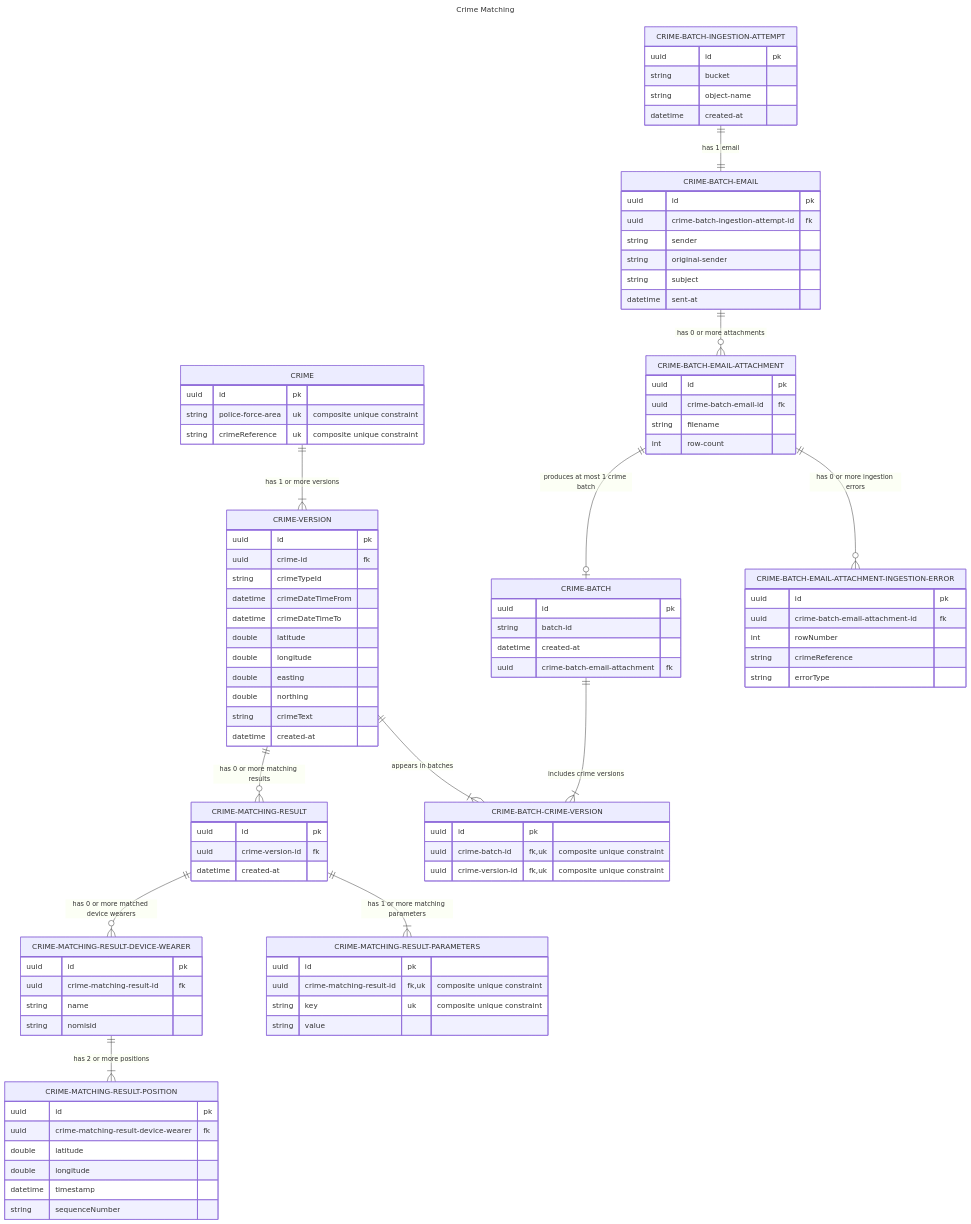
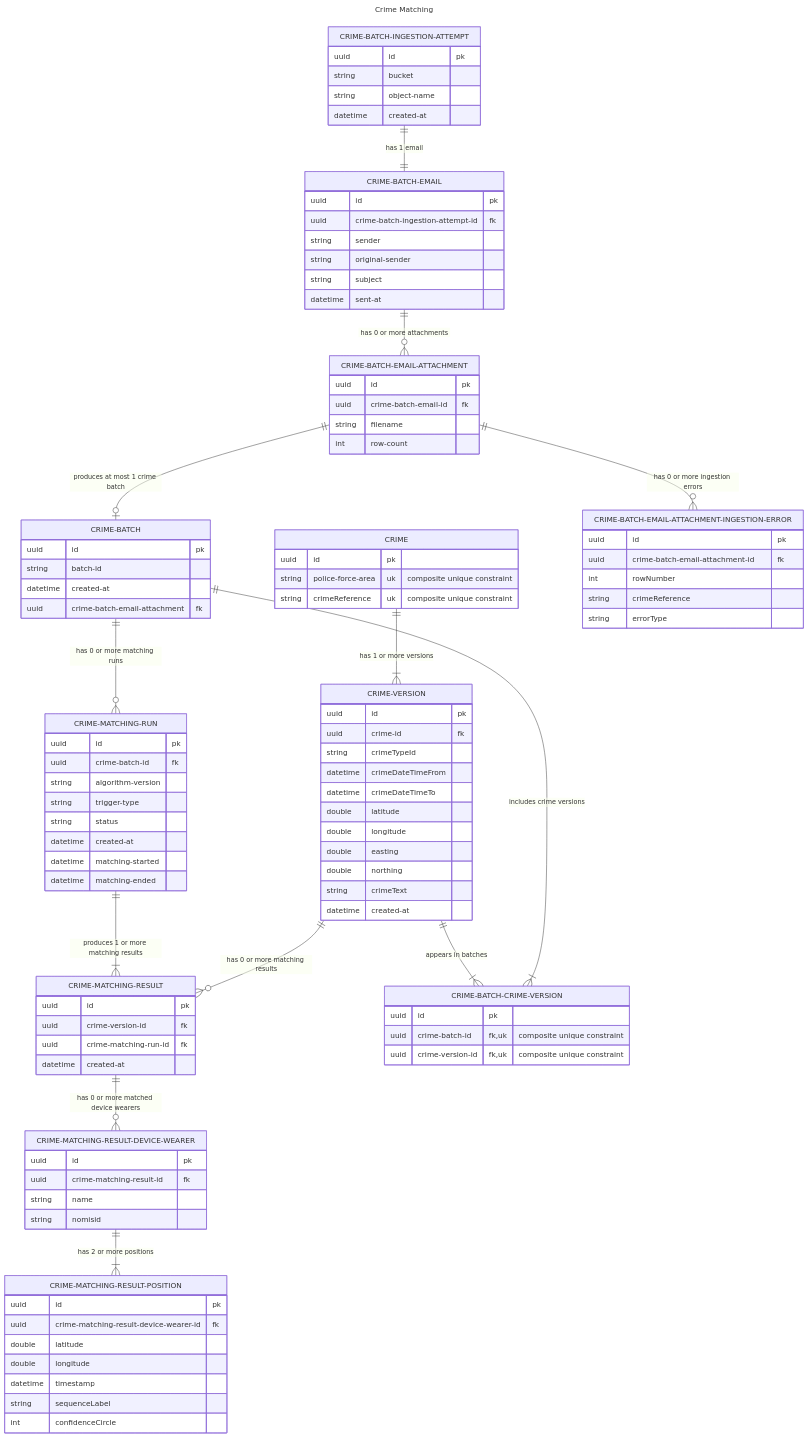
The diagram in docs/model.mmd (ministryofjustice/hmpps-electronic-monitoring-crime-matching-api), drawn with Mermaid before and after one commit.

Commit message:
Added CRIME-MATCHING-RUN to data model diagram (#62)
* Added CRIME-MATCHING-RUN to data model diagram

* Reinstated CRIME-MATCHING-RESULT-PARAMETERS removed by mistake

* Remove parameters and add confidence circle to position data

```diff
--- a/docs/model.mmd
+++ b/docs/model.mmd
@@ -1,113 +1,120 @@
 ---
 title: Crime Matching
 ---
-erDiagram 
+erDiagram
     %% Domain
     CRIME 1 to 1+ CRIME-VERSION : "has 1 or more versions"
     CRIME-VERSION 1 to 0+ CRIME-MATCHING-RESULT : "has 0 or more matching results"
     CRIME-BATCH 1 to 1+ CRIME-BATCH-CRIME-VERSION : "includes crime versions"
     CRIME-VERSION 1 to 1+ CRIME-BATCH-CRIME-VERSION : "appears in batches"
 
     %% Ingestion
     CRIME-BATCH-EMAIL-ATTACHMENT 1 to zero or one CRIME-BATCH : "produces at most 1 crime batch"
     CRIME-BATCH-INGESTION-ATTEMPT 1 to 1 CRIME-BATCH-EMAIL : "has 1 email"
     CRIME-BATCH-EMAIL 1 to 0+ CRIME-BATCH-EMAIL-ATTACHMENT : "has 0 or more attachments"
     CRIME-BATCH-EMAIL-ATTACHMENT 1 to zero or more CRIME-BATCH-EMAIL-ATTACHMENT-INGESTION-ERROR : "has 0 or more ingestion errors"
 
     %% Matching
+    CRIME-BATCH 1 to 0+ CRIME-MATCHING-RUN : "has 0 or more matching runs"
+    CRIME-MATCHING-RUN 1 to 1+ CRIME-MATCHING-RESULT : "produces 1 or more matching results"
     CRIME-MATCHING-RESULT 1 to 0+ CRIME-MATCHING-RESULT-DEVICE-WEARER : "has 0 or more matched device wearers"
-    CRIME-MATCHING-RESULT 1 to 1+ CRIME-MATCHING-RESULT-PARAMETERS : "has 1 or more matching parameters"
     CRIME-MATCHING-RESULT-DEVICE-WEARER 1 to 1+ CRIME-MATCHING-RESULT-POSITION : "has 2 or more positions"
 
     CRIME-BATCH {
         uuid id pk
         string batch-id
         datetime created-at
         uuid crime-batch-email-attachment fk
     }
 
     CRIME-BATCH-CRIME-VERSION {
         uuid id pk
         uuid crime-batch-id fk, uk "composite unique constraint"
         uuid crime-version-id fk, uk "composite unique constraint"
     }
 
     CRIME-BATCH-INGESTION-ATTEMPT {
         uuid id pk
         string bucket
         string object-name
         datetime created-at
     }
 
     CRIME-BATCH-EMAIL {
         uuid id pk
         uuid crime-batch-ingestion-attempt-id fk
         string sender
         string original-sender
         string subject
         datetime sent-at
     }
 
     CRIME-BATCH-EMAIL-ATTACHMENT {
         uuid id pk
         uuid crime-batch-email-id fk
         string filename
         int row-count
     }
 
     CRIME-BATCH-EMAIL-ATTACHMENT-INGESTION-ERROR {
         uuid id pk
         uuid crime-batch-email-attachment-id fk
         int rowNumber
         string crimeReference
         string errorType
     }
 
     CRIME {
         uuid id pk
         string police-force-area uk "composite unique constraint"
         string crimeReference uk "composite unique constraint"
     }
 
     CRIME-VERSION {
         uuid id pk
         uuid crime-id fk
         string crimeTypeId
         datetime crimeDateTimeFrom
         datetime crimeDateTimeTo
         double latitude
         double longitude
         double easting
         double northing
         string crimeText
         datetime created-at
     }
 
+    CRIME-MATCHING-RUN {
+        uuid id pk
+        uuid crime-batch-id fk
+        string algorithm-version
+        string trigger-type
+        string status
+        datetime created-at
+        datetime matching-started
+        datetime matching-ended
+    }
+
     CRIME-MATCHING-RESULT {
         uuid id pk
         uuid crime-version-id fk
+        uuid crime-matching-run-id fk
         datetime created-at
-    }
-
-    CRIME-MATCHING-RESULT-PARAMETERS {
-        uuid id pk
-        uuid crime-matching-result-id fk, uk "composite unique constraint"
-        string key uk "composite unique constraint"
-        string value
     }
 
     CRIME-MATCHING-RESULT-DEVICE-WEARER {
         uuid id pk
         uuid crime-matching-result-id fk
         string name
         string nomisid
     }
 
     CRIME-MATCHING-RESULT-POSITION {
         uuid id pk
-        uuid crime-matching-result-device-wearer fk
+        uuid crime-matching-result-device-wearer-id fk
         double latitude
         double longitude
         datetime timestamp
-        string sequenceNumber
+        string sequenceLabel
+        int confidenceCircle
     }
```
